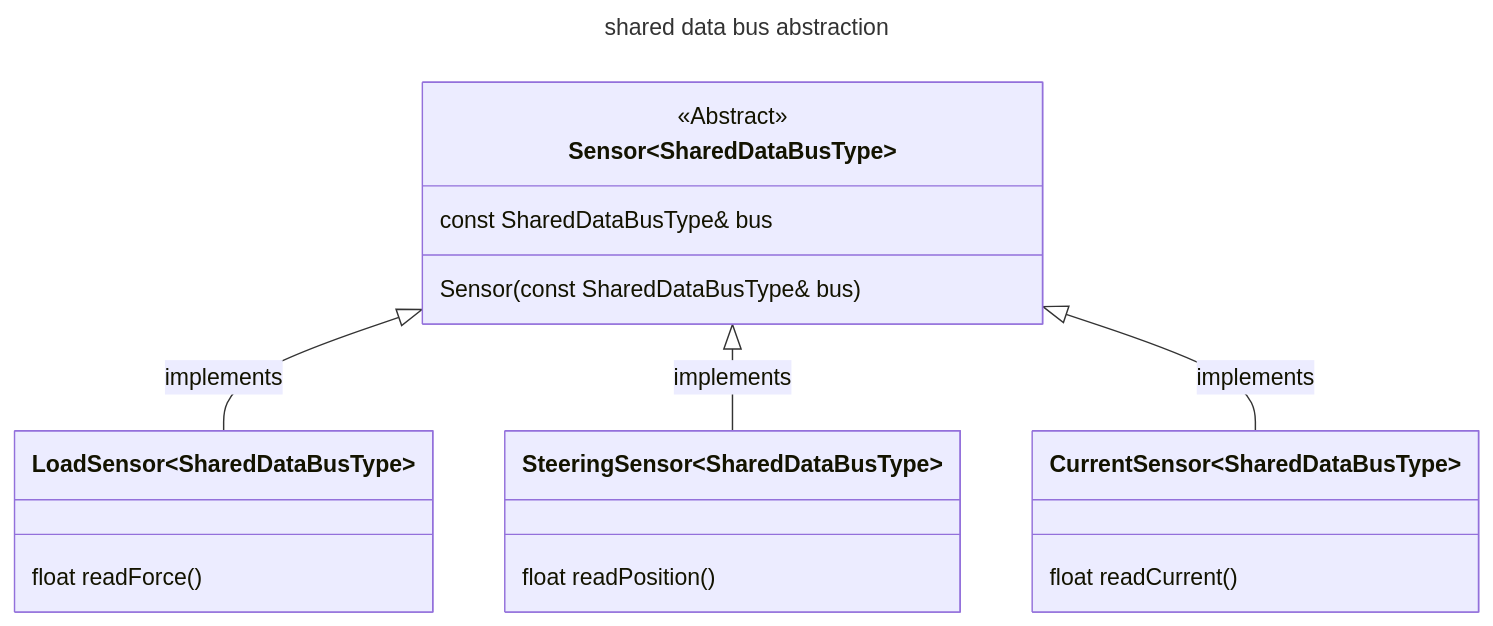
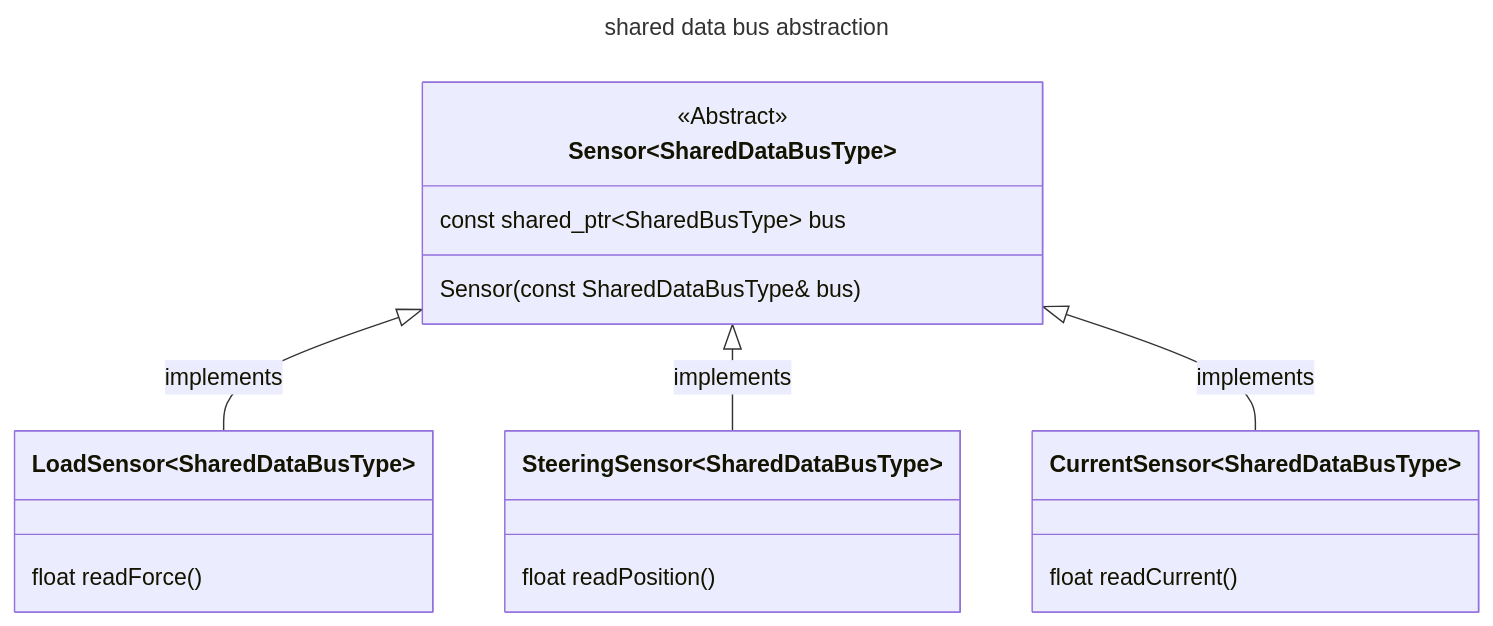
One commit to hytech-racing/MCU changed the first of 3 diagrams in README.md. Above: the diagram before and after it, drawn with Mermaid. The commit also changed other lines of this file, not shown here.

````diff
--- a/README.md
+++ b/README.md
@@ -24,26 +24,26 @@
 ```mermaid
 ---
 title: shared data bus abstraction
 ---
 classDiagram
     
     class Sensor~SharedDataBusType~{
         <<Abstract>>
-        const SharedDataBusType& bus
+        const shared_ptr~SharedBusType~ bus
         Sensor<SharedDataBusType>(const SharedDataBusType& bus)
     }
 
     class SteeringSensor~SharedDataBusType~{
         float readPosition()
     }
     class LoadSensor~SharedDataBusType~{
         float readForce()
     }
     class CurrentSensor~SharedDataBusType~{
         float readCurrent()
     }
     Sensor <|-- LoadSensor : implements
     Sensor <|-- SteeringSensor : implements
     Sensor <|-- CurrentSensor : implements
 
 ```
````
